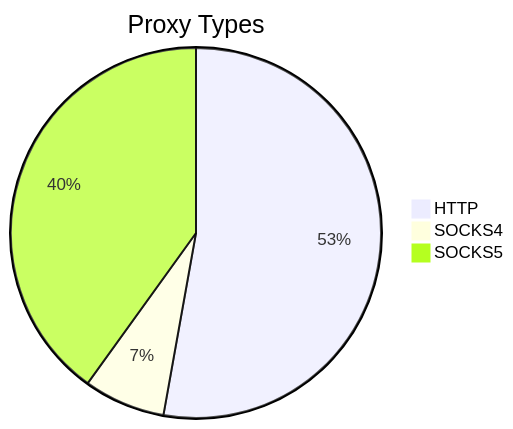
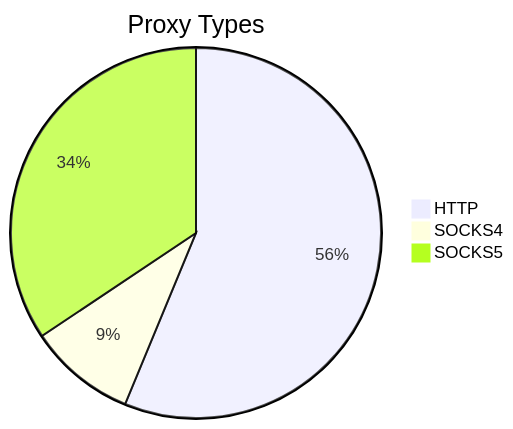
Before and after one commit to stormsia/proxy-list: the first of 2 diagrams in README.md, drawn with Mermaid. The commit also changed other lines of this file, not shown here.

````diff
--- a/README.md
+++ b/README.md
@@ -21,6 +21,6 @@
 ```mermaid
 pie title Proxy Types
-    "HTTP" : 178
-    "SOCKS4" : 24
-    "SOCKS5" : 135
+    "HTTP" : 162
+    "SOCKS4" : 27
+    "SOCKS5" : 99
 ```
````
